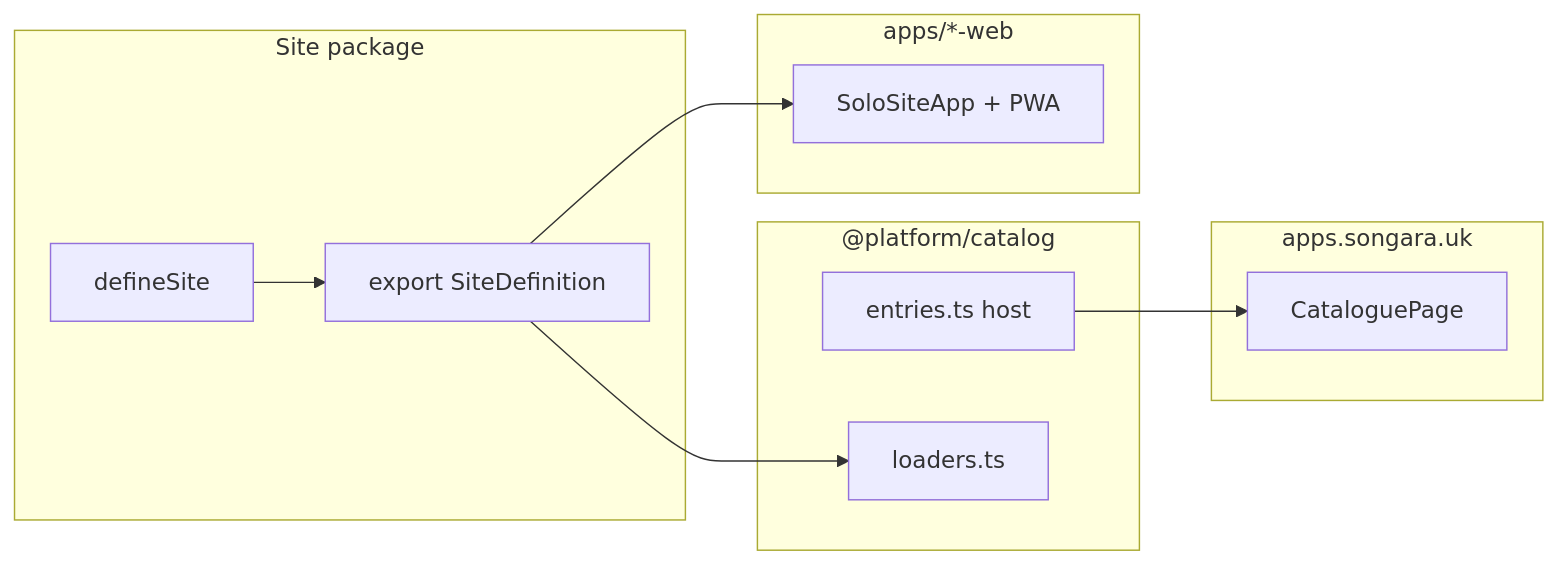
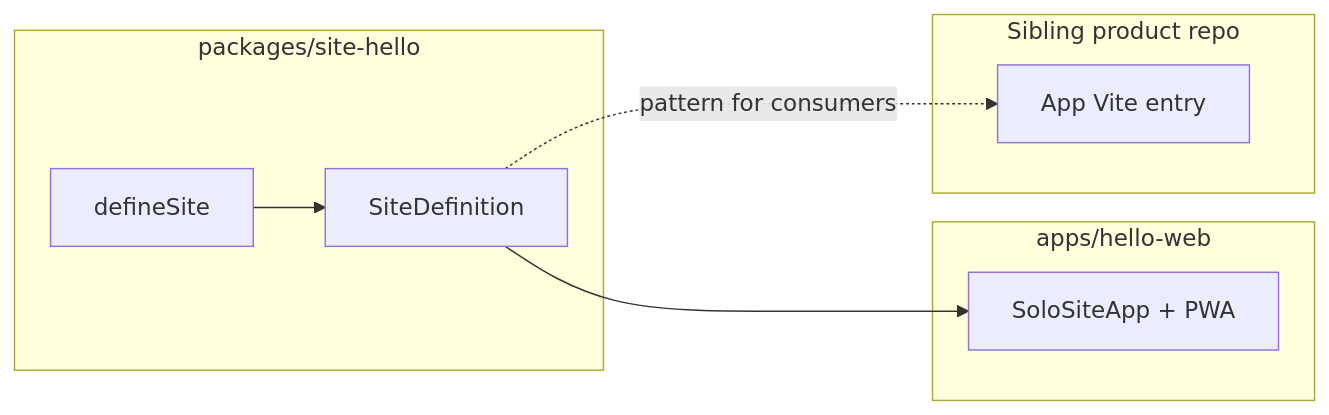
One commit to RSHomeServer/PWA-Base changed the diagram in docs/architecture.md. Above: the diagram before and after it, drawn with Mermaid. The commit also changed other lines of this file and 14 other files, not shown here.

````diff
--- a/docs/architecture.md
+++ b/docs/architecture.md
@@ -52,21 +68,16 @@
 ```mermaid
 flowchart LR
-  subgraph site_pkg [Site package]
+  subgraph site_pkg ["packages/site-hello"]
     DS[defineSite]
-    EXP[export SiteDefinition]
+    EXP[SiteDefinition]
   end
-  subgraph catalogPkg ["@platform/catalog"]
-    ENT[entries.ts host]
-    LOAD[loaders.ts]
-  end
-  subgraph catalogue ["apps.songara.uk"]
-    CP[CataloguePage]
-  end
-  subgraph solo ["apps/*-web"]
+  subgraph solo ["apps/hello-web"]
     SOLO[SoloSiteApp + PWA]
   end
+  subgraph sibling [Sibling product repo]
+    APP[App Vite entry]
+  end
   DS --> EXP
-  EXP --> LOAD
-  ENT --> CP
   EXP --> SOLO
+  EXP -.->|pattern for consumers| APP
 ```
````
